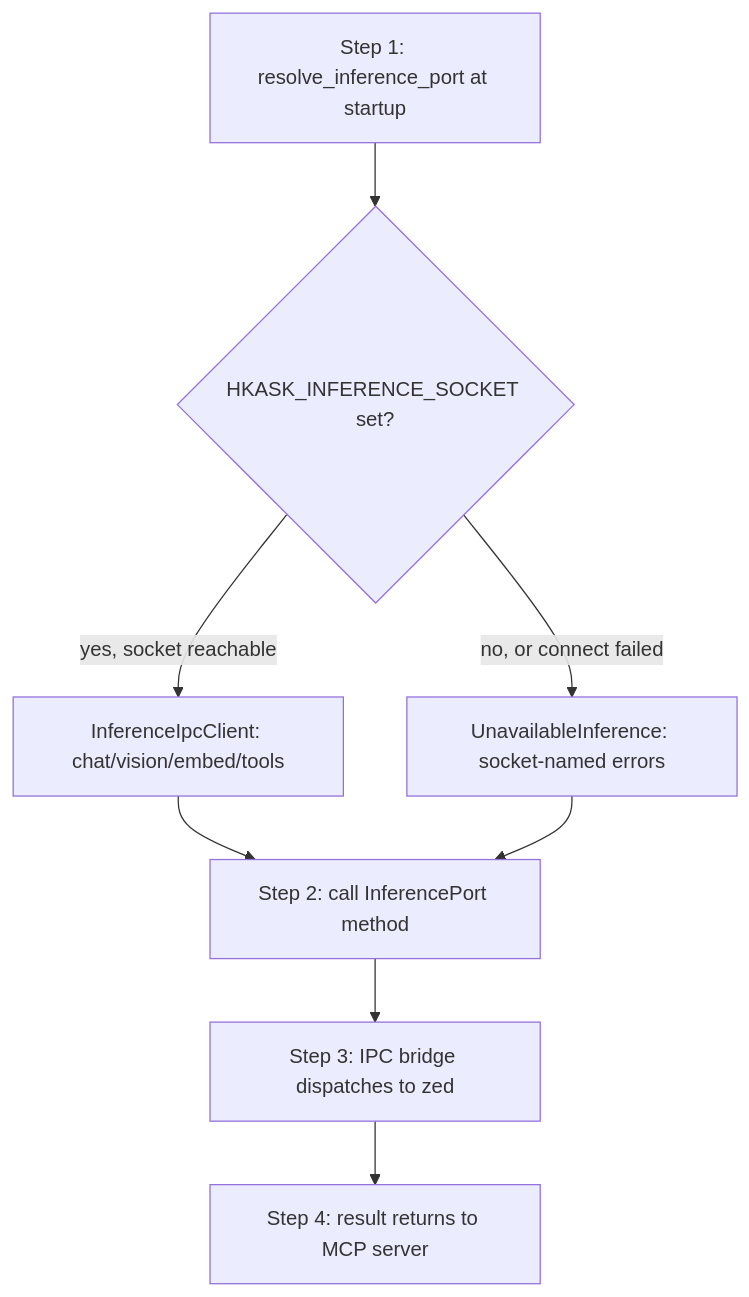
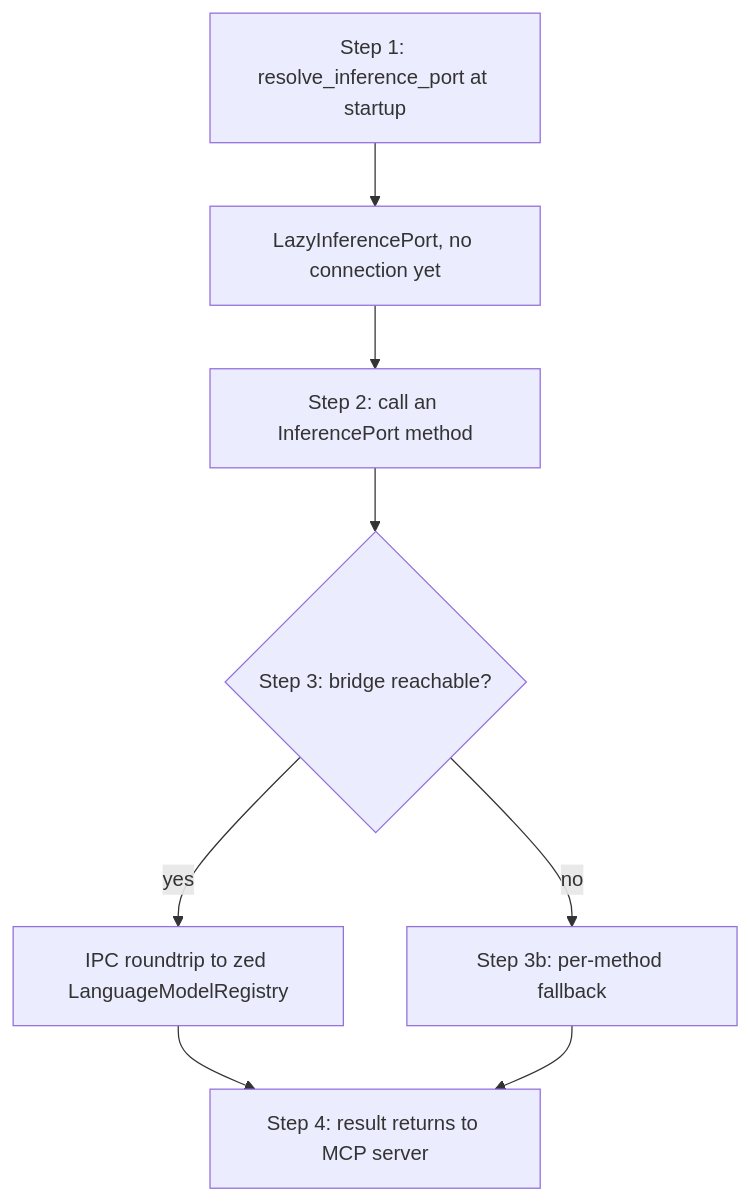
One commit to mdz-axo/zed-kask changed the diagram in kask/docs/diataxis/hkask-inference/tutorial.md. Above: the diagram before and after it, drawn with Mermaid. The commit also changed other lines of this file and 41 other files, not shown here.

First line of the commit message:
Sync docs with native-KDF storage and lazy inference fallbacks

````diff
--- a/kask/docs/diataxis/hkask-inference/tutorial.md
+++ b/kask/docs/diataxis/hkask-inference/tutorial.md
@@ -31,10 +31,10 @@
 ```mermaid
 flowchart TD
-    A[Step 1: resolve_inference_port at startup] --> B{HKASK_INFERENCE_SOCKET set?}
-    B -- yes, socket reachable --> C[InferenceIpcClient: chat/vision/embed/tools]
-    B -- no, or connect failed --> D[UnavailableInference: socket-named errors]
-    C --> E[Step 2: call InferencePort method]
-    D --> E
-    E --> F[Step 3: IPC bridge dispatches to zed]
-    F --> G[Step 4: result returns to MCP server]
+    A[Step 1: resolve_inference_port at startup] --> B[LazyInferencePort, no connection yet]
+    B --> C[Step 2: call an InferencePort method]
+    C --> D{Step 3: bridge reachable?}
+    D -- yes --> E[IPC roundtrip to zed LanguageModelRegistry]
+    D -- no --> F[Step 3b: per-method fallback]
+    E --> G[Step 4: result returns to MCP server]
+    F --> G
 ```
````
